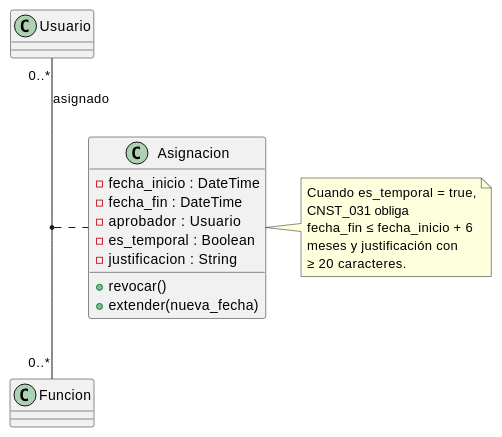
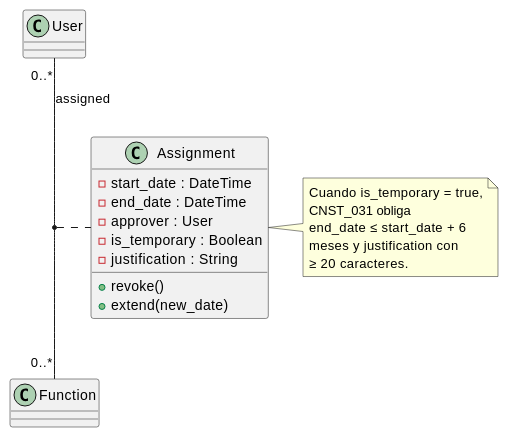
One commit to jcg-admin/IACT-docs changed the diagram in source/requisitos/_metodologia-aplicacion/relaciones-uml/asignacion-entre-usuario-y-funcion-uc-acc-01.rst. Above: the diagram before and after it, drawn with PlantUML. The commit also changed 19 other files, not shown here.

First line of the commit message:
Translate identifiers in B-C relaciones-uml/ (T-011..T-030)

```diff
--- a/source/requisitos/_metodologia-aplicacion/relaciones-uml/asignacion-entre-usuario-y-funcion-uc-acc-01.rst
+++ b/source/requisitos/_metodologia-aplicacion/relaciones-uml/asignacion-entre-usuario-y-funcion-uc-acc-01.rst
@@ -4,27 +4,27 @@
 .. uml::
 
    @startuml
 
-   class Usuario
-   class Funcion
+   class User
+   class Function
 
-   class Asignacion {
-     - fecha_inicio : DateTime
-     - fecha_fin : DateTime
-     - aprobador : Usuario
-     - es_temporal : Boolean
-     - justificacion : String
-     + revocar()
-     + extender(nueva_fecha)
+   class Assignment {
+     - start_date : DateTime
+     - end_date : DateTime
+     - approver : User
+     - is_temporary : Boolean
+     - justification : String
+     + revoke()
+     + extend(new_date)
    }
 
-   Usuario "0..*" -- "0..*" Funcion : asignado
-   (Usuario, Funcion) .. Asignacion
-   note right of Asignacion
-     Cuando es_temporal = true,
+   User "0..*" -- "0..*" Function : assigned
+   (User, Function) .. Assignment
+   note right of Assignment
+     Cuando is_temporary = true,
      CNST_031 obliga
-     fecha_fin ≤ fecha_inicio + 6
-     meses y justificación con
+     end_date ≤ start_date + 6
+     meses y justification con
      ≥ 20 caracteres.
    end note
    @enduml
```
